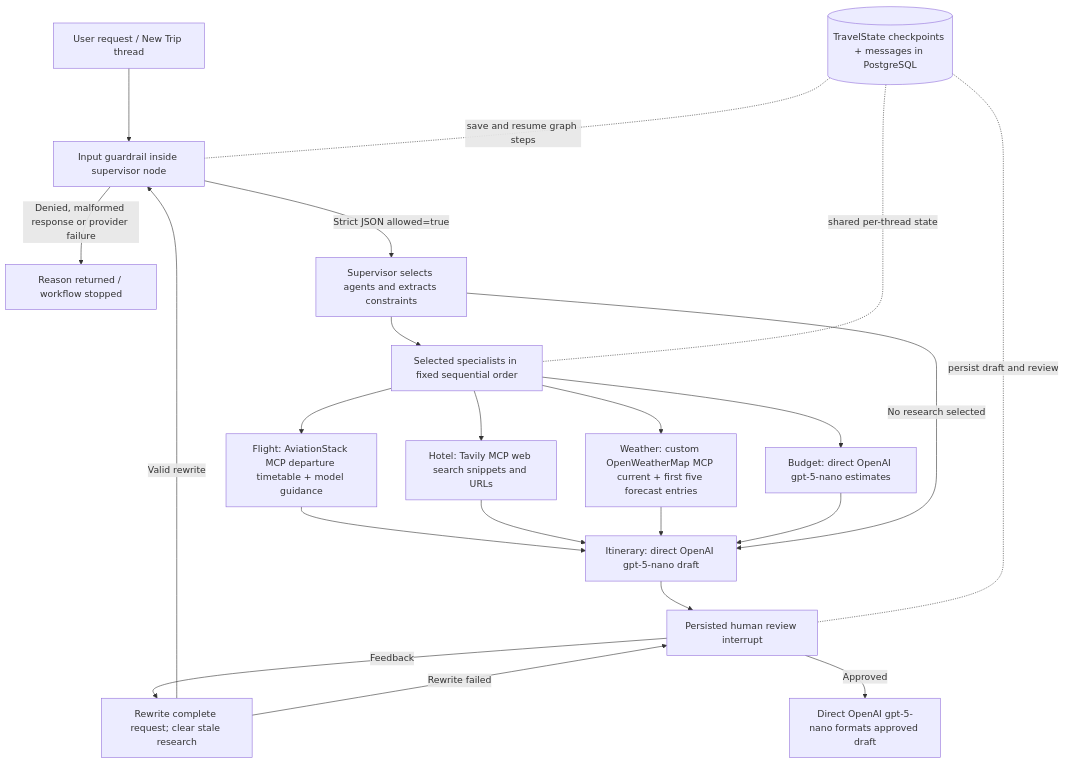
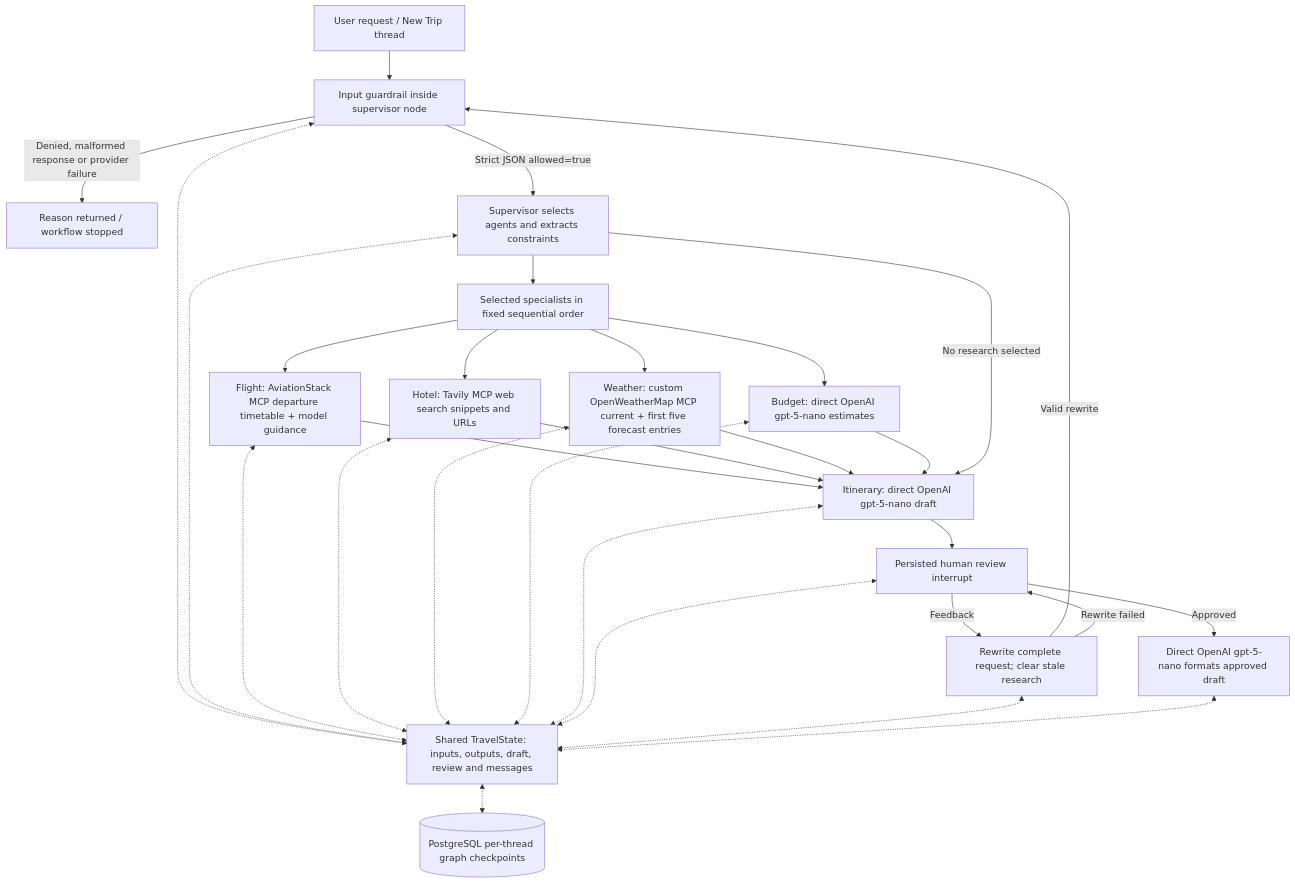
The diagram in docs/architecture.md (clouddiary/TripWise360), drawn with Mermaid before and after one commit. The commit also changed other lines of this file and 1 other file, not shown here.

Commit message:
Show all agents connected to shared travel state

````diff
--- a/docs/architecture.md
+++ b/docs/architecture.md
@@ -5,24 +5,33 @@
 ```mermaid
 flowchart TD
     U[User request / New Trip thread] --> G[Input guardrail inside supervisor node]
     G -->|Denied, malformed response or provider failure| B[Reason returned / workflow stopped]
     G -->|Strict JSON allowed=true| S[Supervisor selects agents and extracts constraints]
     S --> R[Selected specialists in fixed sequential order]
     R --> F[Flight: AviationStack MCP departure timetable + model guidance]
     R --> H[Hotel: Tavily MCP web search snippets and URLs]
     R --> W[Weather: custom OpenWeatherMap MCP current + first five forecast entries]
     R --> C[Budget: direct OpenAI gpt-5-nano estimates]
     F --> I[Itinerary: direct OpenAI gpt-5-nano draft]
     H --> I
     W --> I
     C --> I
     S -->|No research selected| I
     I --> HITL[Persisted human review interrupt]
     HITL -->|Approved| FINAL[Direct OpenAI gpt-5-nano formats approved draft]
     HITL -->|Feedback| REV[Rewrite complete request; clear stale research]
     REV -->|Valid rewrite| G
     REV -->|Rewrite failed| HITL
-    STATE[(TravelState checkpoints + messages in PostgreSQL)] -. save and resume graph steps .- G
-    STATE -. shared per-thread state .- R
-    STATE -. persist draft and review .- HITL
+    STATE[Shared TravelState: inputs, outputs, draft, review and messages]
+    G <-.-> STATE
+    S <-.-> STATE
+    F <-.-> STATE
+    H <-.-> STATE
+    W <-.-> STATE
+    C <-.-> STATE
+    I <-.-> STATE
+    HITL <-.-> STATE
+    REV <-.-> STATE
+    FINAL <-.-> STATE
+    STATE <-.-> DB[(PostgreSQL per-thread graph checkpoints)]
 ```
````
